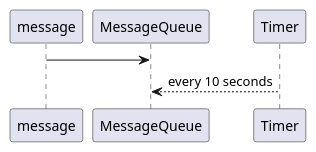
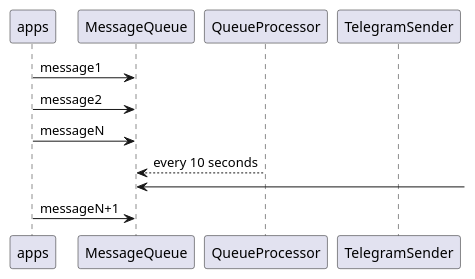
The diagram in ARCHITECTURE.puml (TrumanRu/pm2-telegram), drawn with PlantUML before and after one commit. The commit also changed other lines of this file and 10 other files, not shown here.

```diff
--- a/ARCHITECTURE.puml
+++ b/ARCHITECTURE.puml
@@ -5,9 +1,16 @@
 @startuml
-participant message order 10
+participant apps order 10
 participant MessageQueue order 20
-participant Timer order 30
+participant QueueProcessor order 30
+participant TelegramSender order 40
 
-message -> MessageQueue
-Timer --> MessageQueue: every 10 seconds
+
+apps -> MessageQueue: message1
+apps -> MessageQueue: message2
+apps -> MessageQueue: messageN
+QueueProcessor --> MessageQueue: every 10 seconds
+MessageQueue <-
+
+apps -> MessageQueue: messageN+1
 
 @enduml
```
